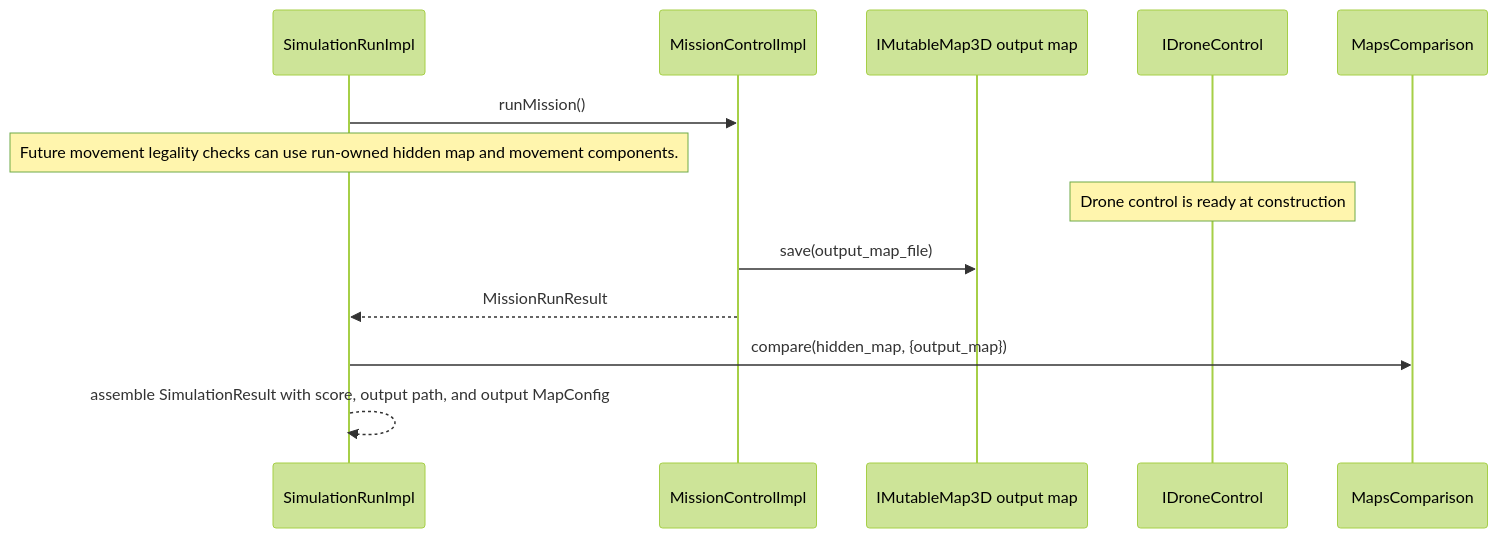
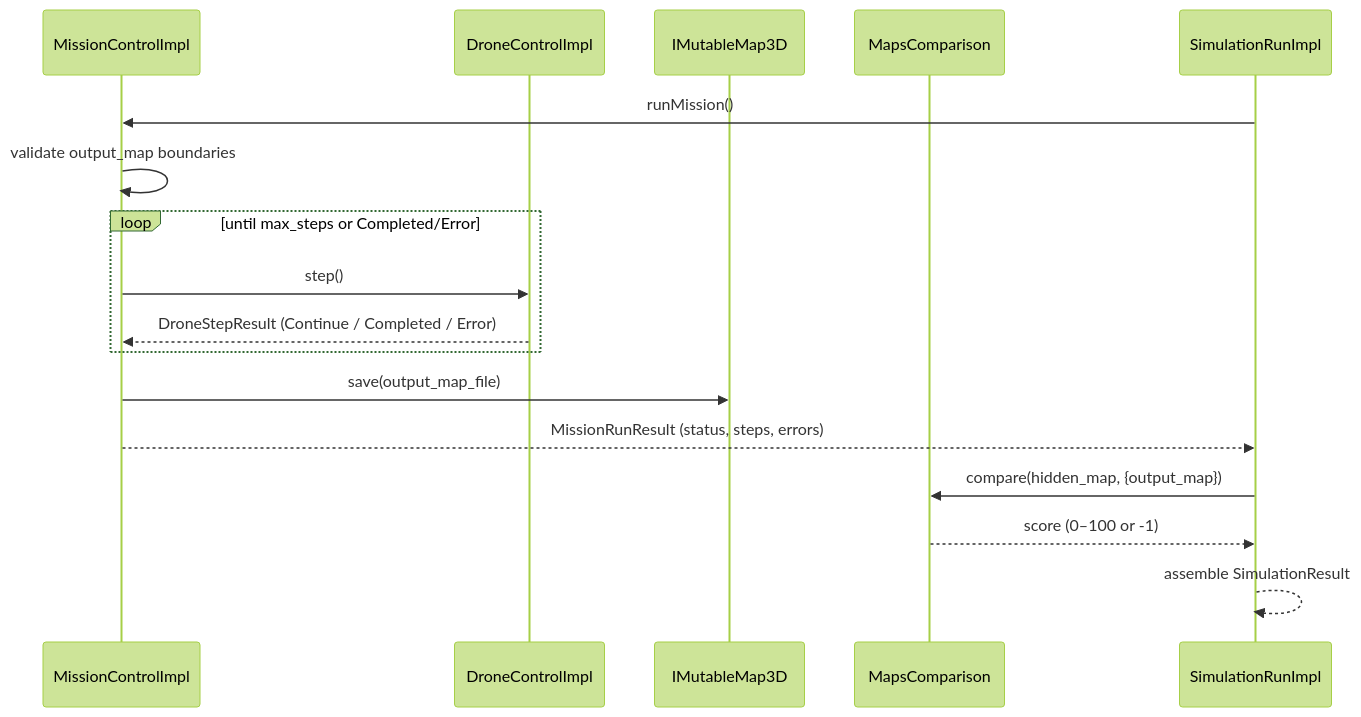
Before and after one commit to MayaAharon2910/Advanced-topics-programming-hw2: the fourth of 6 diagrams in docs/HLD.md, drawn with Mermaid (forest theme). The commit also changed other lines of this file and 15 other files, not shown here.

````diff
--- a/docs/HLD.md
+++ b/docs/HLD.md
@@ -272,16 +283,20 @@
 ```mermaid
 sequenceDiagram
-    participant Run as SimulationRunImpl
     participant Mission as MissionControlImpl
-    participant OutputMap as IMutableMap3D output map
-    participant Drone as IDroneControl
+    participant Drone   as DroneControlImpl
+    participant Output  as IMutableMap3D
     participant Compare as MapsComparison
+    participant Run     as SimulationRunImpl
 
     Run->>Mission: runMission()
-    Note over Run: Future movement legality checks can use run-owned hidden map and movement components.
-    Note over Drone: Drone control is ready at construction;
-    Mission->>OutputMap: save(output_map_file)
-    Mission-->>Run: MissionRunResult
+    Mission->>Mission: validate output_map boundaries
+    loop until max_steps or Completed/Error
+        Mission->>Drone: step()
+        Drone-->>Mission: DroneStepResult (Continue / Completed / Error)
+    end
+    Mission->>Output: save(output_map_file)
+    Mission-->>Run: MissionRunResult (status, steps, errors)
     Run->>Compare: compare(hidden_map, {output_map})
-    Run-->>Run: assemble SimulationResult with score, output path, and output MapConfig
+    Compare-->>Run: score (0–100 or -1)
+    Run-->>Run: assemble SimulationResult
 ```
````
